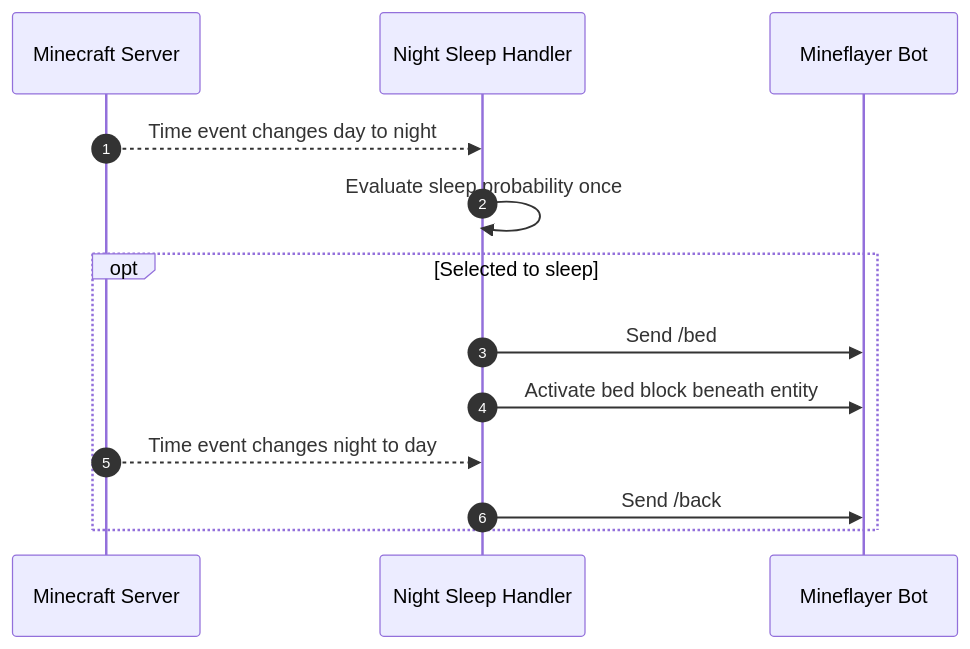
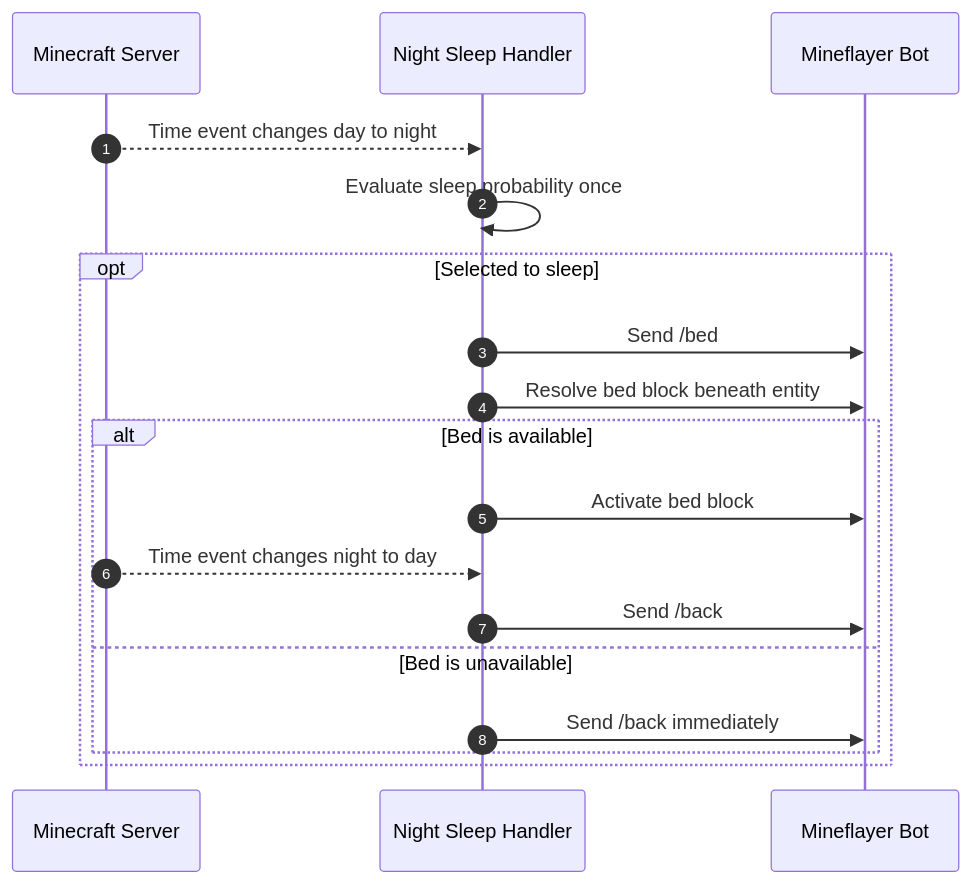
Before and after one commit to hmlendea/minecraft-afk-bot: the sixth of 7 diagrams in ARCHITECTURE.md, drawn with Mermaid. The commit also changed other lines of this file and 3 other files, not shown here.

````diff
--- a/ARCHITECTURE.md
+++ b/ARCHITECTURE.md
@@ -234,16 +234,21 @@
 ```mermaid
 sequenceDiagram
   autonumber
   participant Server as Minecraft Server
   participant Handler as Night Sleep Handler
   participant Bot as Mineflayer Bot
 
   Server-->>Handler: Time event changes day to night
   Handler->>Handler: Evaluate sleep.probability once
   opt Selected to sleep
     Handler->>Bot: Send /bed
-    Handler->>Bot: Activate bed block beneath entity
-    Server-->>Handler: Time event changes night to day
-    Handler->>Bot: Send /back
+    Handler->>Bot: Resolve bed block beneath entity
+    alt Bed is available
+      Handler->>Bot: Activate bed block
+      Server-->>Handler: Time event changes night to day
+      Handler->>Bot: Send /back
+    else Bed is unavailable
+      Handler->>Bot: Send /back immediately
+    end
   end
 ```
````
